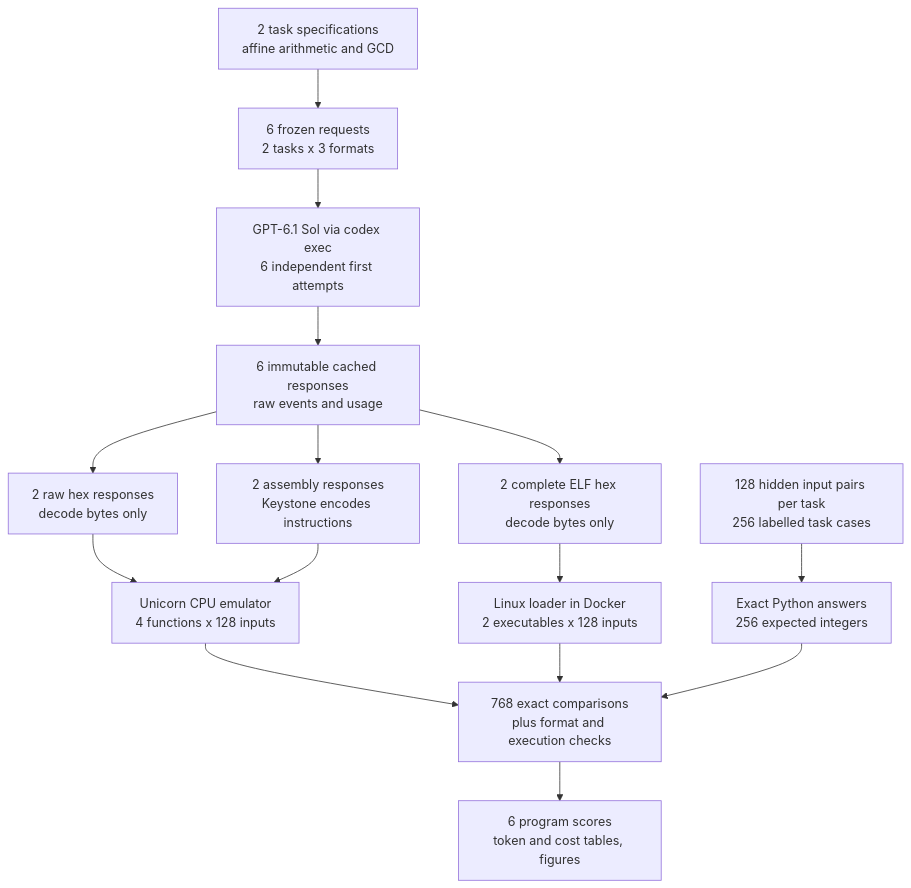
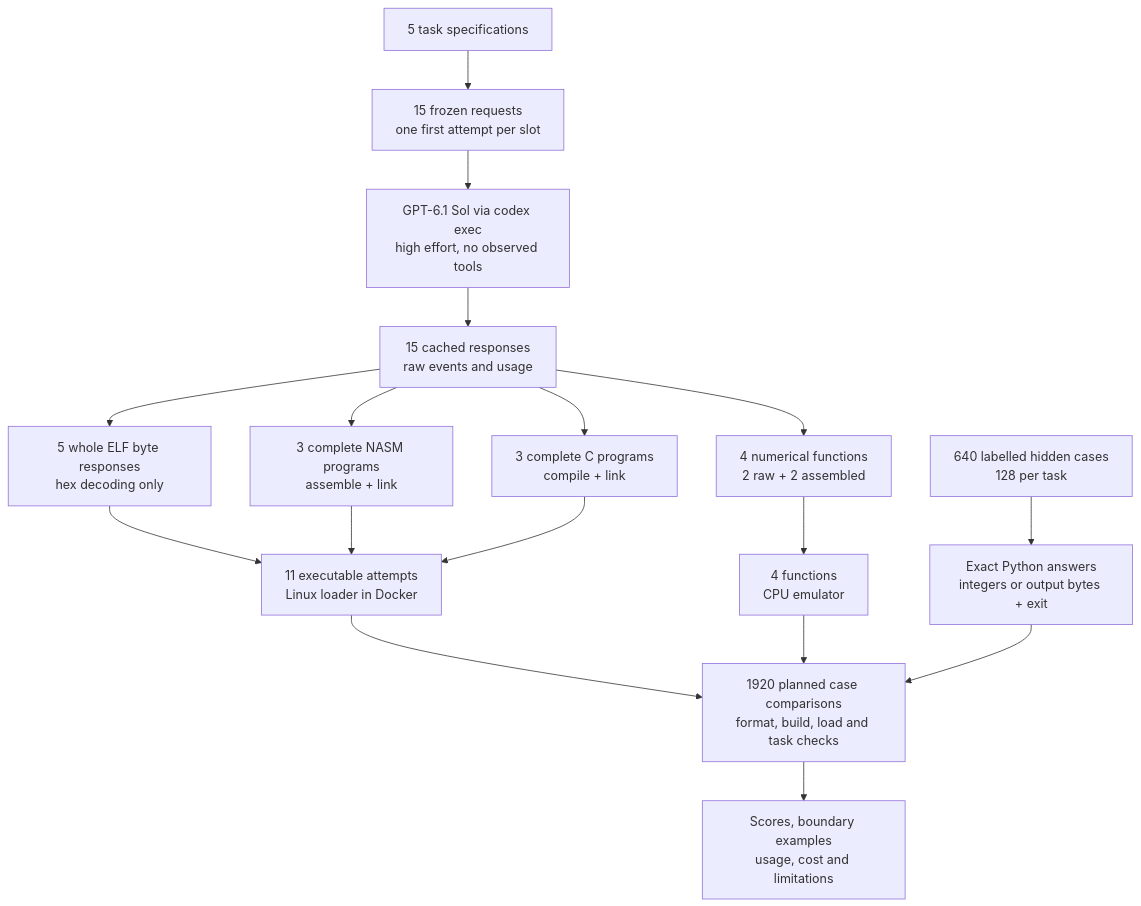
The first of 2 diagrams in notebooks/43-direct-binary-pilot/README.md (k-sandhu/experiment-notebooks), drawn with Mermaid before and after one commit. The commit also changed other lines of this file and 64 other files, not shown here.

Commit message:
Extend notebook 43 to complete file-processing executables

````diff
--- a/notebooks/43-direct-binary-pilot/README.md
+++ b/notebooks/43-direct-binary-pilot/README.md
@@ -40,17 +43,19 @@
 ```mermaid
 flowchart TD
-    spec["2 task specifications<br/>affine arithmetic and GCD"] --> prompts["6 frozen requests<br/>2 tasks x 3 formats"]
-    inputs["128 hidden input pairs per task<br/>256 labelled task cases"] --> gold["Exact Python answers<br/>256 expected integers"]
-    prompts --> calls["GPT-6.1 Sol via codex exec<br/>6 independent first attempts"]
-    calls --> cache["6 immutable cached responses<br/>raw events and usage"]
-    cache --> raw["2 raw hex responses<br/>decode bytes only"]
-    cache --> elf["2 complete ELF hex responses<br/>decode bytes only"]
-    cache --> asm["2 assembly responses<br/>Keystone encodes instructions"]
-    raw --> emu["Unicorn CPU emulator<br/>4 functions x 128 inputs"]
-    asm --> emu
-    elf --> linux["Linux loader in Docker<br/>2 executables x 128 inputs"]
-    emu --> score["768 exact comparisons<br/>plus format and execution checks"]
-    linux --> score
+    specs["5 task specifications"] --> requests["15 frozen requests<br/>one first attempt per slot"]
+    inputs["640 labelled hidden cases<br/>128 per task"] --> gold["Exact Python answers<br/>integers or output bytes + exit"]
+    requests --> model["GPT-6.1 Sol via codex exec<br/>high effort, no observed tools"]
+    model --> cache["15 cached responses<br/>raw events and usage"]
+    cache --> direct["5 whole ELF byte responses<br/>hex decoding only"]
+    cache --> fn["4 numerical functions<br/>2 raw + 2 assembled"]
+    cache --> nasm["3 complete NASM programs<br/>assemble + link"]
+    cache --> c["3 complete C programs<br/>compile + link"]
+    direct --> native["11 executable attempts<br/>Linux loader in Docker"]
+    nasm --> native
+    c --> native
+    fn --> emu["4 functions<br/>CPU emulator"]
+    native --> score["1920 planned case comparisons<br/>format, build, load and task checks"]
+    emu --> score
     gold --> score
-    score --> report["6 program scores<br/>token and cost tables, figures"]
+    score --> report["Scores, boundary examples<br/>usage, cost and limitations"]
 ```
````
